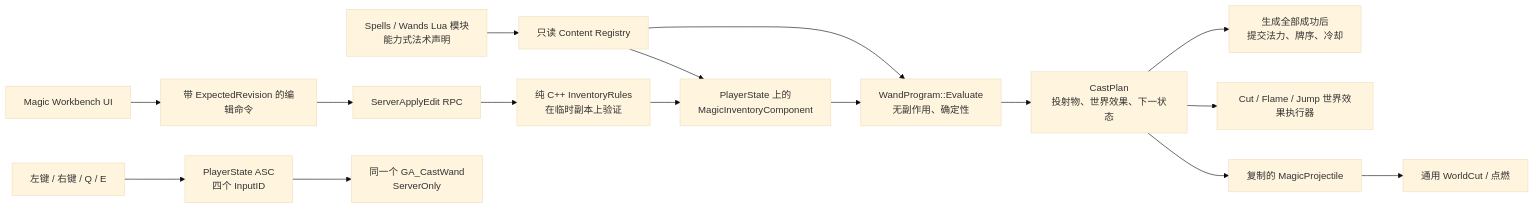
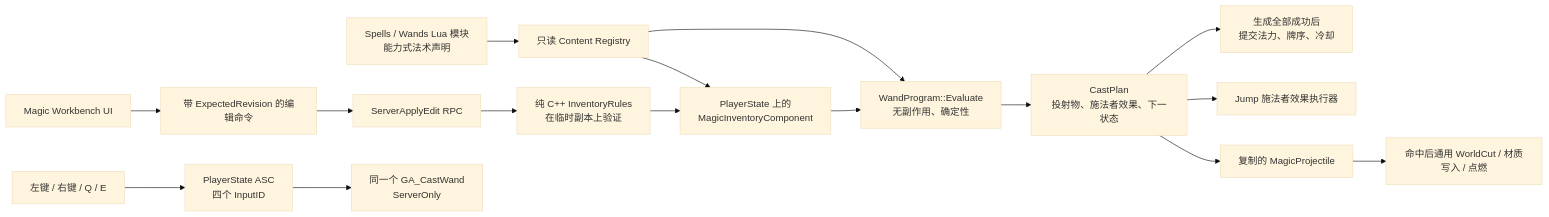
Before and after one commit to Heptagon196/MatterFlux: the diagram in docs/MatterFlux_Magic_System_Beginner_Guide.md, drawn with Mermaid (base theme). The commit also changed other lines of this file and 15 other files, not shown here.

````diff
--- a/docs/MatterFlux_Magic_System_Beginner_Guide.md
+++ b/docs/MatterFlux_Magic_System_Beginner_Guide.md
@@ -35,18 +36,18 @@
 ```mermaid
 flowchart LR
     Lua["Spells / Wands Lua 模块\n能力式法术声明"] --> Registry["只读 Content Registry"]
     Registry --> Inventory["PlayerState 上的\nMagicInventoryComponent"]
     UI["Magic Workbench UI"] --> Edit["带 ExpectedRevision 的编辑命令"]
     Edit --> RPC["ServerApplyEdit RPC"]
     RPC --> Rules["纯 C++ InventoryRules\n在临时副本上验证"]
     Rules --> Inventory
     Input["左键 / 右键 / Q / E"] --> ASC["PlayerState ASC\n四个 InputID"]
     ASC --> Ability["同一个 GA_CastWand\nServerOnly"]
     Inventory --> Compiler["WandProgram::Evaluate\n无副作用、确定性"]
     Registry --> Compiler
-    Compiler --> Plan["CastPlan\n投射物、世界效果、下一状态"]
+    Compiler --> Plan["CastPlan\n投射物、施法者效果、下一状态"]
     Plan --> Projectile["复制的 MagicProjectile"]
-    Plan --> Effect["Cut / Flame / Jump 世界效果执行器"]
-    Projectile --> World["通用 WorldCut / 点燃"]
+    Plan --> Effect["Jump 施法者效果执行器"]
+    Projectile --> World["命中后通用 WorldCut / 材质写入 / 点燃"]
     Plan --> Commit["生成全部成功后\n提交法力、牌序、冷却"]
 ```
````
